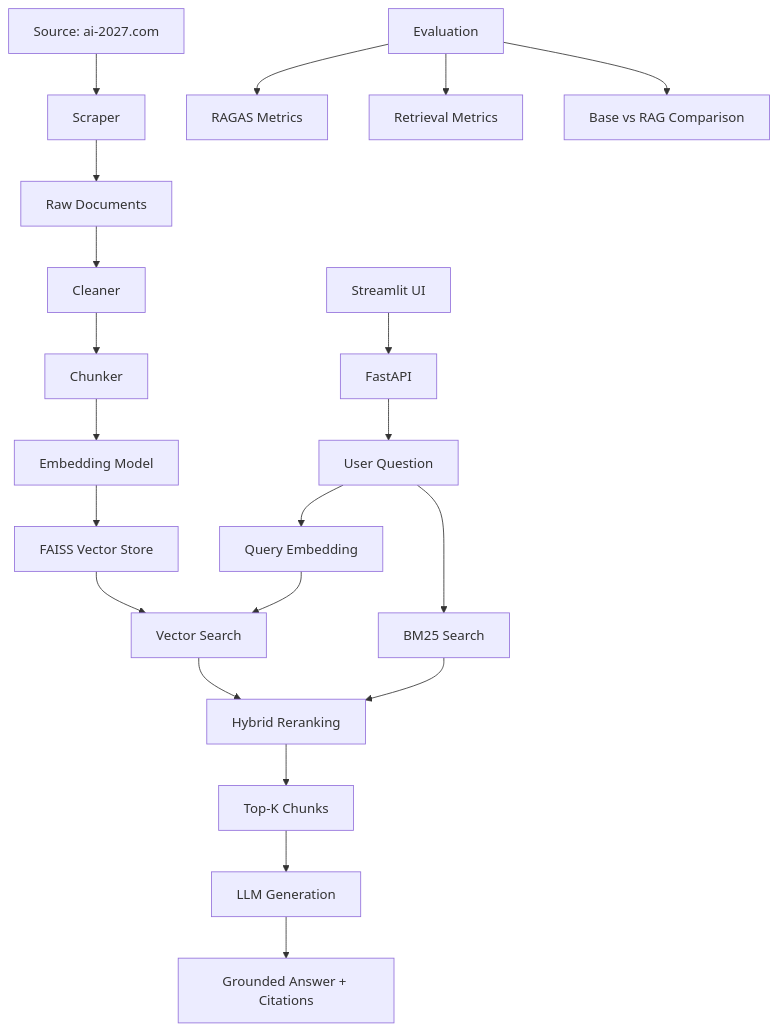
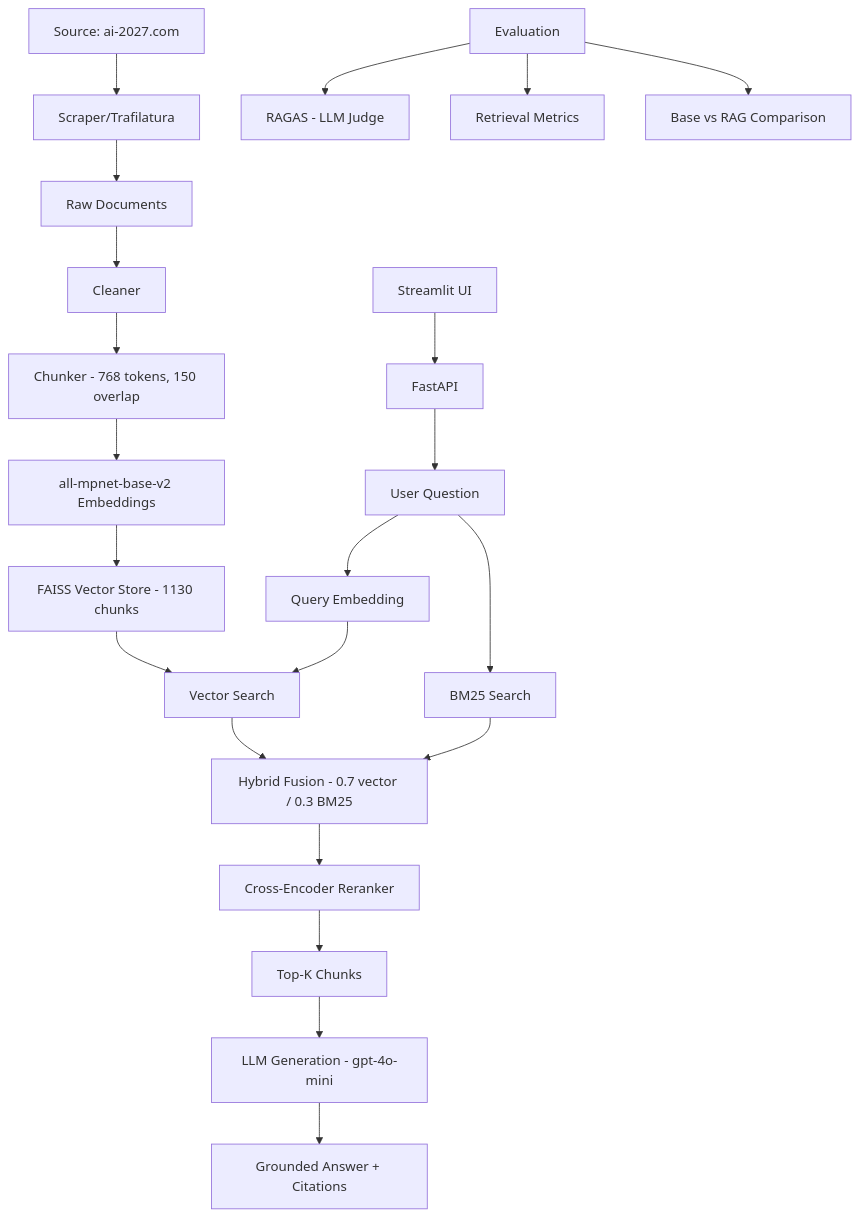
Before and after one commit to alexandrerays/ai-content-rag: the diagram in README.md, drawn with Mermaid. The commit also changed other lines of this file, not shown here.

````diff
--- a/README.md
+++ b/README.md
@@ -7,26 +7,27 @@
 ```mermaid
 graph TD
-    A[Source: ai-2027.com] --> B[Scraper]
+    A[Source: ai-2027.com] --> B[Scraper/Trafilatura]
     B --> C[Raw Documents]
     C --> D[Cleaner]
-    D --> E[Chunker]
-    E --> F[Embedding Model]
-    F --> G[FAISS Vector Store]
+    D --> E[Chunker - 768 tokens, 150 overlap]
+    E --> F[all-mpnet-base-v2 Embeddings]
+    F --> G[FAISS Vector Store - 1130 chunks]
 
     H[User Question] --> I[Query Embedding]
     I --> J[Vector Search]
     G --> J
     H --> K[BM25 Search]
-    J --> L[Hybrid Reranking]
+    J --> L[Hybrid Fusion - 0.7 vector / 0.3 BM25]
     K --> L
-    L --> M[Top-K Chunks]
-    M --> N[LLM Generation]
-    N --> O[Grounded Answer + Citations]
+    L --> M[Cross-Encoder Reranker]
+    M --> N[Top-K Chunks]
+    N --> O[LLM Generation - gpt-4o-mini]
+    O --> P[Grounded Answer + Citations]
 
-    P[FastAPI] --> H
-    Q[Streamlit UI] --> P
+    Q[FastAPI] --> H
+    R[Streamlit UI] --> Q
 
-    R[Evaluation] --> S[RAGAS Metrics]
-    R --> T[Retrieval Metrics]
-    R --> U[Base vs RAG Comparison]
+    S[Evaluation] --> T[RAGAS - LLM Judge]
+    S --> U[Retrieval Metrics]
+    S --> V[Base vs RAG Comparison]
 ```
````
